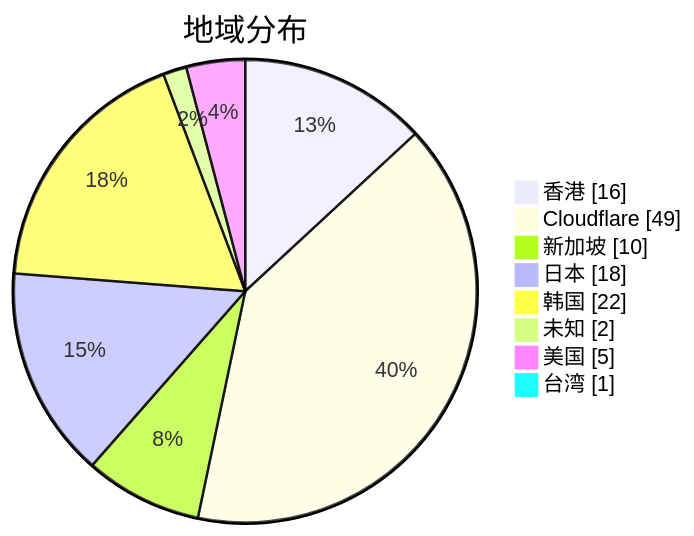
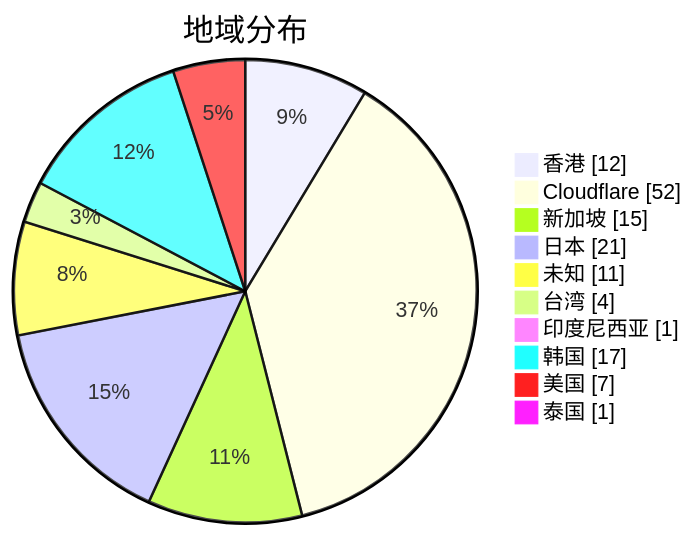
One commit to qjlxg/airport changed the second of 3 diagrams in subs/statistics/tested_within.md. Above: the diagram before and after it, drawn with Mermaid. The commit also changed other lines of this file and 2 other files, not shown here.

````diff
--- a/subs/statistics/tested_within.md
+++ b/subs/statistics/tested_within.md
@@ -11,12 +11,14 @@
 ```mermaid
 pie showData
 title 地域分布
-"香港" : 16
-"Cloudflare" : 49
-"新加坡" : 10
-"日本" : 18
-"韩国" : 22
-"未知" : 2
-"美国" : 5
-"台湾" : 1
+"香港" : 12
+"Cloudflare" : 52
+"新加坡" : 15
+"日本" : 21
+"未知" : 11
+"台湾" : 4
+"印度尼西亚" : 1
+"韩国" : 17
+"美国" : 7
+"泰国" : 1
 ```
````
